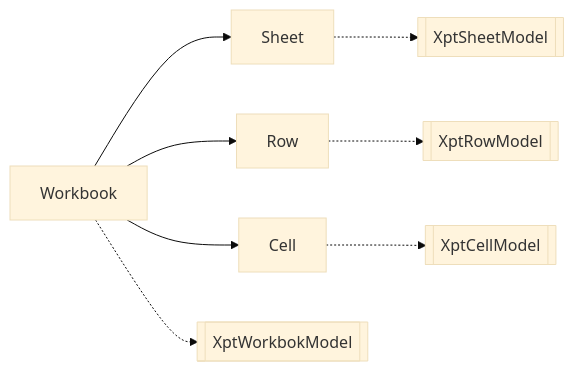
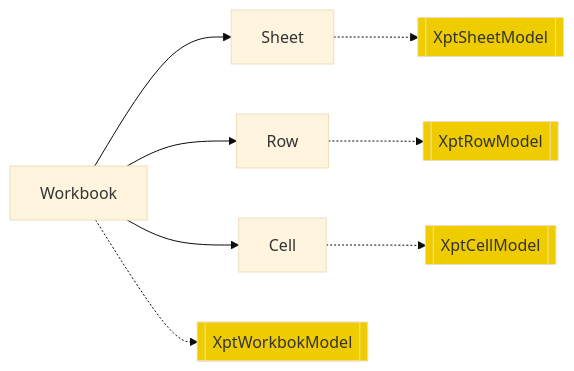
Before and after one commit to entropy-cloud/nop-entropy: the first of 12 diagrams in docs/dev-guide/report/report-design.md, drawn with Mermaid (base theme). The commit also changed other lines of this file and 2 other files, not shown here.

````diff
--- a/docs/dev-guide/report/report-design.md
+++ b/docs/dev-guide/report/report-design.md
@@ -9,10 +15,15 @@
 ```mermaid
 graph LR
   Workbook --> Sheet
   Sheet -.-> x1[[XptSheetModel]]
   Workbook --> Row
   Row -.-> x2[[XptRowModel]]
   Workbook --> Cell
   Cell -.-> x3[[XptCellModel]]
   Workbook -.-> x4[[XptWorkbokModel]]
+
+  style x1 fill:#eecc00
+  style x2 fill:#eecc00
+  style x3 fill:#eecc00
+  style x4 fill:#eecc00
 ```
````
